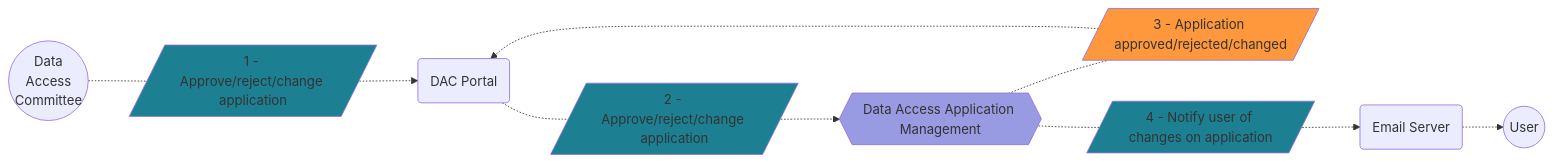
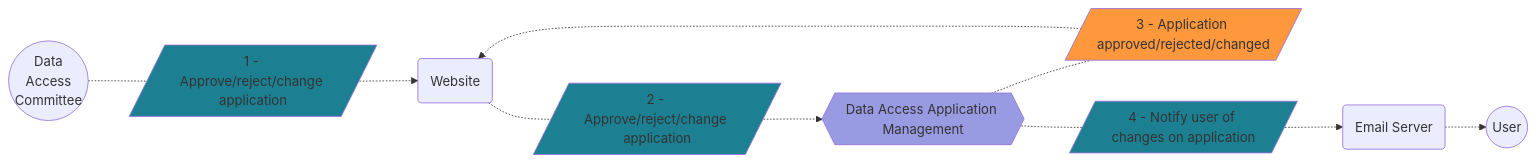
Before and after one commit to GenomicDataInfrastructure/gdi-userportal-docs: diagram 13 of 15 in content/docs/data-access-application-management/use-cases/_index.md, drawn with Mermaid. The commit also changed other lines of this file, not shown here.

````diff
--- a/content/docs/data-access-application-management/use-cases/_index.md
+++ b/content/docs/data-access-application-management/use-cases/_index.md
@@ -508,55 +508,55 @@
 ```mermaid
 flowchart LR
     user(("`
         User
     `"))
     
     email("`
         Email Server
     `")
 
     dac(("`
         Data
         Access
         Committee
     `"))
     
-    dac_portal("`
-        DAC Portal
+    website("`
+        Website
     `")
     
     daam{{"`
         Data Access Application Management
     `"}}
     style daam fill:#999be2
     
     approve_application_1[/"`
         1 - Approve/reject/change application
     `"/]
     
     approve_application_2[/"`
         2 - Approve/reject/change application
     `"/]
     style approve_application_1 fill:#1C8092
     style approve_application_2 fill:#1C8092
 
     application_approved[/"`
         3 - Application approved/rejected/changed
     `"/]
     style application_approved fill:#FF983D
 
     notify_user[/"`
         4 - Notify user of changes on application
     `"/]
     style notify_user fill:#1C8092
 
     dac -.- approve_application_1
-    approve_application_1 -.-> dac_portal
-    dac_portal -.- approve_application_2
+    approve_application_1 -.-> website
+    website -.- approve_application_2
     approve_application_2 -.-> daam
     daam -.- application_approved
-    application_approved -.-> dac_portal
+    application_approved -.-> website
     daam -.- notify_user
     notify_user -.-> email
     email -.-> user
 ```
````
